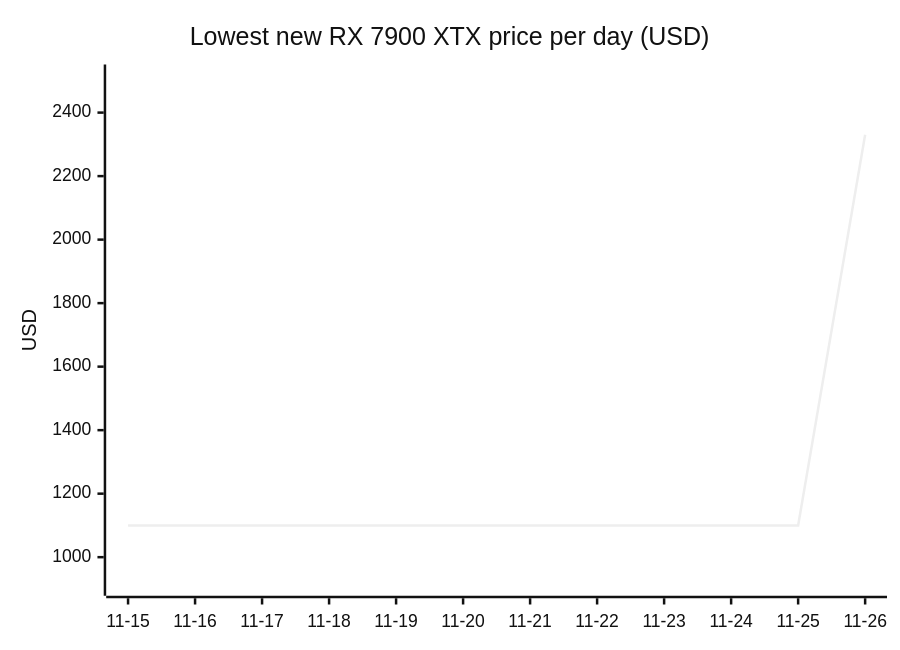
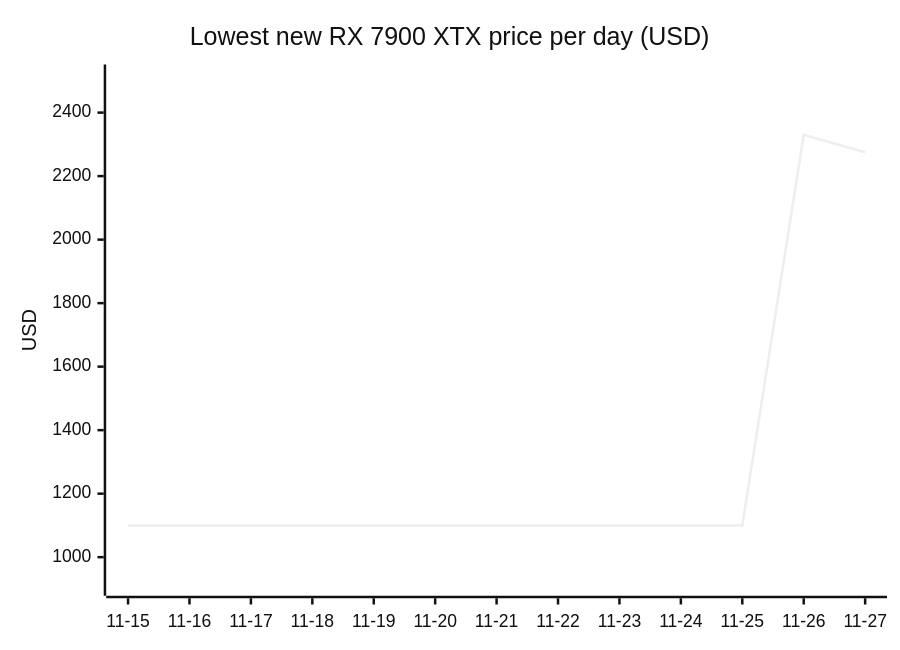
One commit to 7324136828/4tb_ssd_price_watch changed diagram 13 of 18 in README.md. Above: the diagram before and after it, drawn with Mermaid (neutral theme). The commit also changed other lines of this file, not shown here.

````diff
--- a/README.md
+++ b/README.md
@@ -1313,7 +1350,7 @@
 ```mermaid
 xychart-beta
     title "Lowest new RX 7900 XTX price per day (USD)"
-    x-axis ["11-15", "11-16", "11-17", "11-18", "11-19", "11-20", "11-21", "11-22", "11-23", "11-24", "11-25", "11-26"]
+    x-axis ["11-15", "11-16", "11-17", "11-18", "11-19", "11-20", "11-21", "11-22", "11-23", "11-24", "11-25", "11-26", "11-27"]
     y-axis "USD" 910 --> 2520
-    line [1099.99, 1099.99, 1099.99, 1099.99, 1099.99, 1099.99, 1099.99, 1099.99, 1099.99, 1099.99, 1099.99, 2330.00]
+    line [1099.99, 1099.99, 1099.99, 1099.99, 1099.99, 1099.99, 1099.99, 1099.99, 1099.99, 1099.99, 1099.99, 2330.00, 2275.00]
 ```
````
